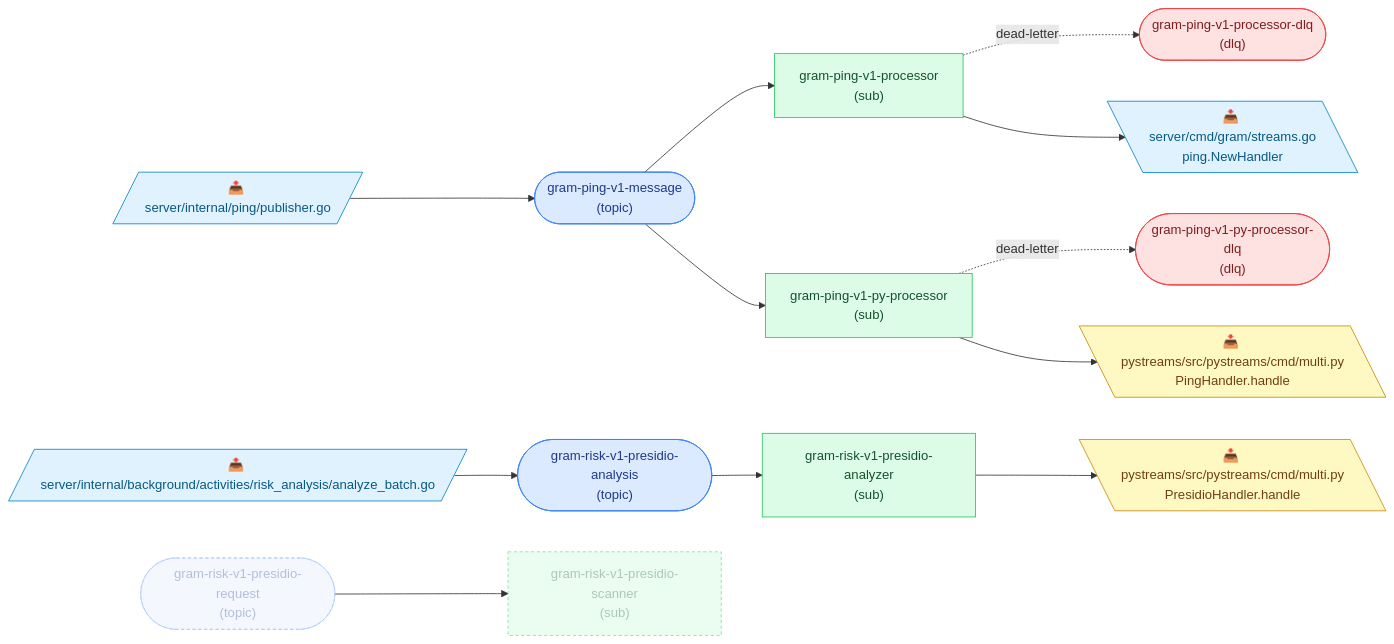
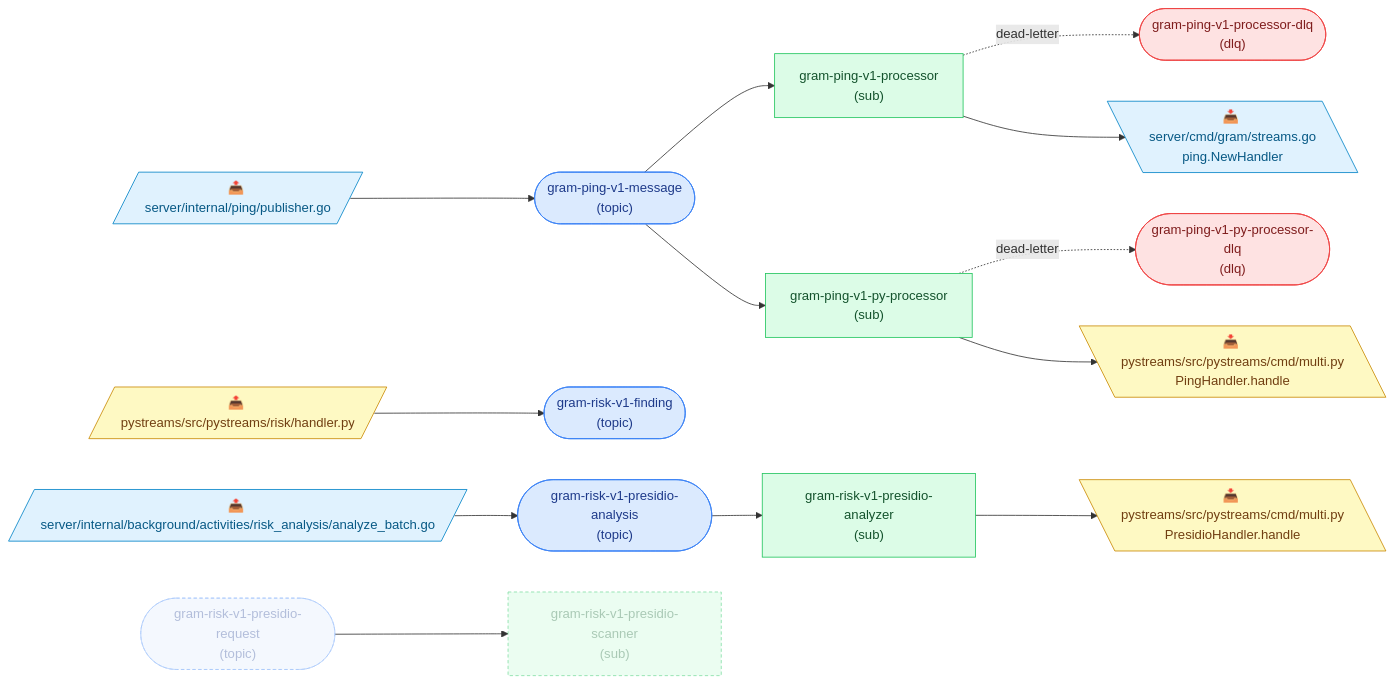
Before and after one commit to speakeasy-api/gram: the diagram in docs/pubsub-topology.md, drawn with Mermaid. The commit also changed other lines of this file and 1 other file, not shown here.

````diff
--- a/docs/pubsub-topology.md
+++ b/docs/pubsub-topology.md
@@ -9,52 +9,57 @@
 ```mermaid
 flowchart LR
   classDef topic fill:#dbeafe,stroke:#3b82f6,color:#1e3a8a;
   classDef dlq fill:#fee2e2,stroke:#ef4444,color:#7f1d1d;
   classDef sub fill:#dcfce7,stroke:#22c55e,color:#14532d;
   classDef go fill:#e0f2fe,stroke:#0284c7,color:#075985;
   classDef python fill:#fef9c3,stroke:#ca8a04,color:#713f12;
   classDef deprecated stroke-dasharray:4 3,opacity:0.55;
 
   t_gram_ping_v1_message(["gram-ping-v1-message<br/>(topic)"]):::topic
   click t_gram_ping_v1_message "../infra/proto/gram/ping/v1/ping.proto#L10" "infra/proto/gram/ping/v1/ping.proto"
   t_gram_ping_v1_processor_dlq(["gram-ping-v1-processor-dlq<br/>(dlq)"]):::dlq
   click t_gram_ping_v1_processor_dlq "../infra/proto/gram/ping/v1/processor.proto#L9" "infra/proto/gram/ping/v1/processor.proto"
   t_gram_ping_v1_py_processor_dlq(["gram-ping-v1-py-processor-dlq<br/>(dlq)"]):::dlq
   click t_gram_ping_v1_py_processor_dlq "../infra/proto/gram/ping/v1/processor.proto#L23" "infra/proto/gram/ping/v1/processor.proto"
+  t_gram_risk_v1_finding(["gram-risk-v1-finding<br/>(topic)"]):::topic
+  click t_gram_risk_v1_finding "../infra/proto/gram/risk/v1/finding.proto#L13" "infra/proto/gram/risk/v1/finding.proto"
   t_gram_risk_v1_presidio_analysis(["gram-risk-v1-presidio-analysis<br/>(topic)"]):::topic
   click t_gram_risk_v1_presidio_analysis "../infra/proto/gram/risk/v1/presidio_analysis.proto#L9" "infra/proto/gram/risk/v1/presidio_analysis.proto"
   t_gram_risk_v1_presidio_request(["gram-risk-v1-presidio-request<br/>(topic)"]):::topic
   click t_gram_risk_v1_presidio_request "../infra/proto/gram/risk/v1/presidio_request.proto#L10" "infra/proto/gram/risk/v1/presidio_request.proto"
   s_gram_ping_v1_processor["gram-ping-v1-processor<br/>(sub)"]:::sub
   click s_gram_ping_v1_processor "../infra/proto/gram/ping/v1/processor.proto#L9" "infra/proto/gram/ping/v1/processor.proto"
   s_gram_ping_v1_py_processor["gram-ping-v1-py-processor<br/>(sub)"]:::sub
   click s_gram_ping_v1_py_processor "../infra/proto/gram/ping/v1/processor.proto#L23" "infra/proto/gram/ping/v1/processor.proto"
   s_gram_risk_v1_presidio_analyzer["gram-risk-v1-presidio-analyzer<br/>(sub)"]:::sub
   click s_gram_risk_v1_presidio_analyzer "../infra/proto/gram/risk/v1/presidio_analyzer.proto#L9" "infra/proto/gram/risk/v1/presidio_analyzer.proto"
   s_gram_risk_v1_presidio_scanner["gram-risk-v1-presidio-scanner<br/>(sub)"]:::sub
   click s_gram_risk_v1_presidio_scanner "../infra/proto/gram/risk/v1/presidio_scanner.proto#L10" "infra/proto/gram/risk/v1/presidio_scanner.proto"
 
   p0[/"📤 server/internal/ping/publisher.go"/]:::go
   p0 --> t_gram_ping_v1_message
   click p0 "../server/internal/ping/publisher.go#L36" "server/internal/ping/publisher.go:36"
-  p1[/"📤 server/internal/background/activities/risk_analysis/analyze_batch.go"/]:::go
-  p1 --> t_gram_risk_v1_presidio_analysis
-  click p1 "../server/internal/background/activities/risk_analysis/analyze_batch.go#L364" "server/internal/background/activities/risk_analysis/analyze_batch.go:364"
+  p1[/"📤 pystreams/src/pystreams/risk/handler.py"/]:::python
+  p1 --> t_gram_risk_v1_finding
+  click p1 "../pystreams/src/pystreams/risk/handler.py#L217" "pystreams/src/pystreams/risk/handler.py:217"
+  p2[/"📤 server/internal/background/activities/risk_analysis/analyze_batch.go"/]:::go
+  p2 --> t_gram_risk_v1_presidio_analysis
+  click p2 "../server/internal/background/activities/risk_analysis/analyze_batch.go#L364" "server/internal/background/activities/risk_analysis/analyze_batch.go:364"
   t_gram_ping_v1_message --> s_gram_ping_v1_processor
   s_gram_ping_v1_processor -. dead-letter .-> t_gram_ping_v1_processor_dlq
   t_gram_ping_v1_message --> s_gram_ping_v1_py_processor
   s_gram_ping_v1_py_processor -. dead-letter .-> t_gram_ping_v1_py_processor_dlq
   t_gram_risk_v1_presidio_analysis --> s_gram_risk_v1_presidio_analyzer
   t_gram_risk_v1_presidio_request --> s_gram_risk_v1_presidio_scanner
-  c2[\"📥 server/cmd/gram/streams.go<br/>ping.NewHandler"\]:::go
-  s_gram_ping_v1_processor --> c2
-  click c2 "../server/cmd/gram/streams.go#L215" "server/cmd/gram/streams.go:215"
-  c3[\"📥 pystreams/src/pystreams/cmd/multi.py<br/>PingHandler.handle"\]:::python
-  s_gram_ping_v1_py_processor --> c3
-  click c3 "../pystreams/src/pystreams/cmd/multi.py#L113" "pystreams/src/pystreams/cmd/multi.py:113"
-  c4[\"📥 pystreams/src/pystreams/cmd/multi.py<br/>PresidioHandler.handle"\]:::python
-  s_gram_risk_v1_presidio_analyzer --> c4
+  c3[\"📥 server/cmd/gram/streams.go<br/>ping.NewHandler"\]:::go
+  s_gram_ping_v1_processor --> c3
+  click c3 "../server/cmd/gram/streams.go#L215" "server/cmd/gram/streams.go:215"
+  c4[\"📥 pystreams/src/pystreams/cmd/multi.py<br/>PingHandler.handle"\]:::python
+  s_gram_ping_v1_py_processor --> c4
   click c4 "../pystreams/src/pystreams/cmd/multi.py#L118" "pystreams/src/pystreams/cmd/multi.py:118"
+  c5[\"📥 pystreams/src/pystreams/cmd/multi.py<br/>PresidioHandler.handle"\]:::python
+  s_gram_risk_v1_presidio_analyzer --> c5
+  click c5 "../pystreams/src/pystreams/cmd/multi.py#L123" "pystreams/src/pystreams/cmd/multi.py:123"
 
   class t_gram_risk_v1_presidio_request,s_gram_risk_v1_presidio_scanner deprecated;
 ```
````
